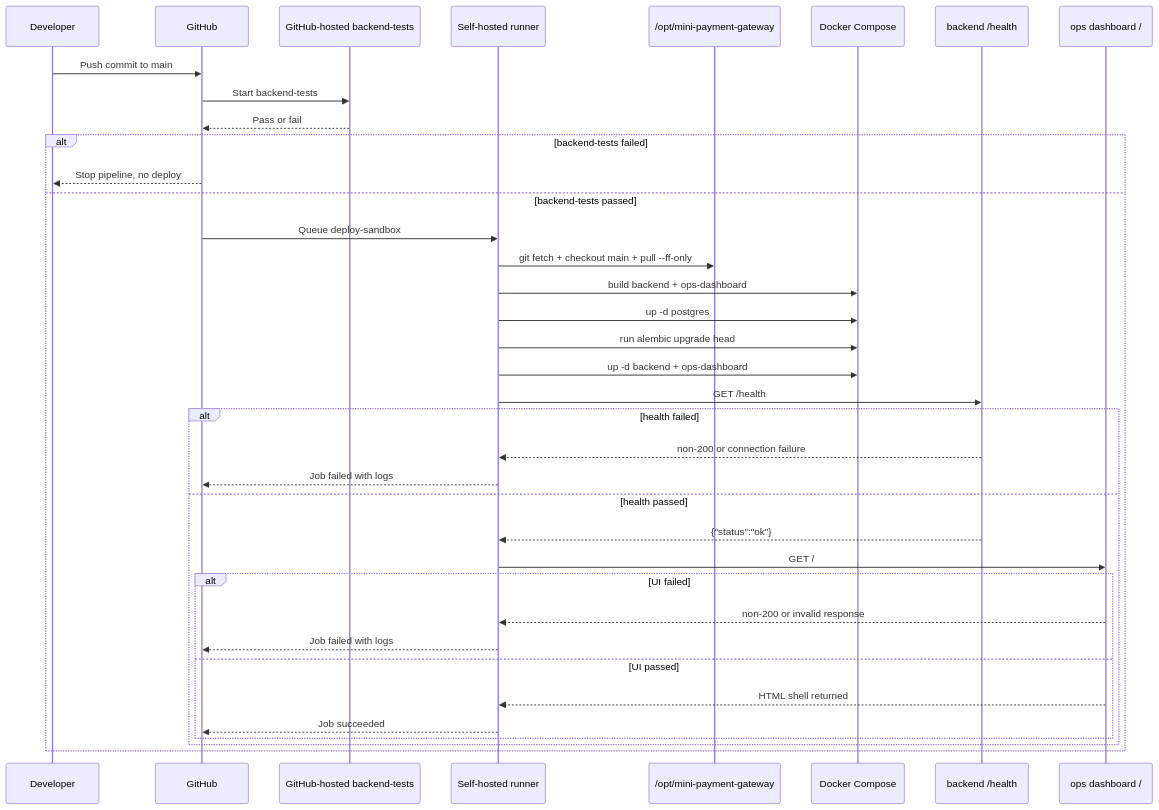
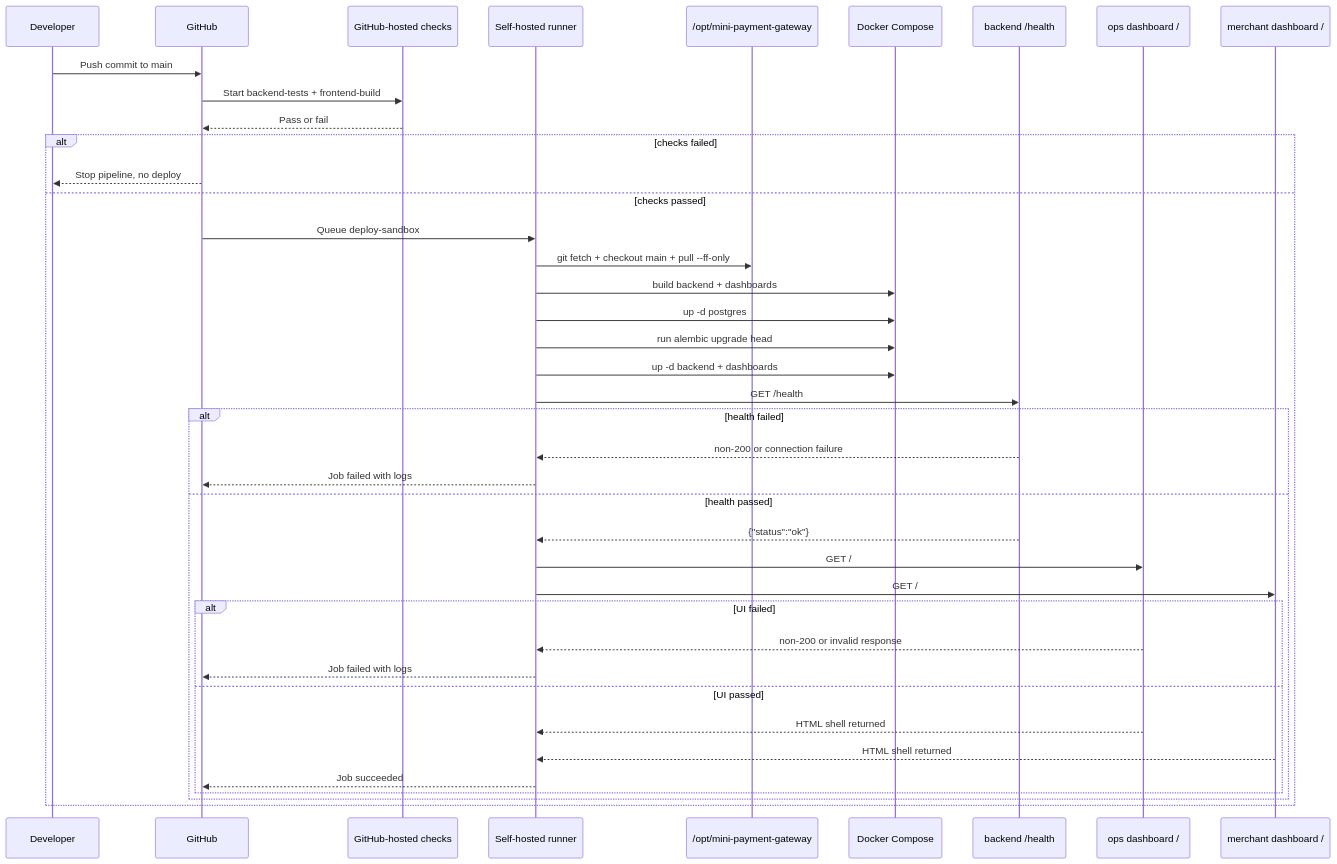
Before and after one commit to biabeogo147/mini-payment-gateway: the second of 2 diagrams in docs/infrastructure/devops-architecture.md, drawn with Mermaid. The commit also changed other lines of this file and 93 other files, not shown here.

Commit message:
Add merchant dashboard and portal APIs

````diff
--- a/docs/infrastructure/devops-architecture.md
+++ b/docs/infrastructure/devops-architecture.md
@@ -168,40 +172,43 @@
 ```mermaid
 sequenceDiagram
     participant Dev as Developer
     participant GH as GitHub
-    participant CI as GitHub-hosted backend-tests
+    participant CI as GitHub-hosted checks
     participant SR as Self-hosted runner
     participant Repo as /opt/mini-payment-gateway
     participant DC as Docker Compose
     participant API as backend /health
-    participant UI as ops dashboard /
+    participant OpsUI as ops dashboard /
+    participant MerchantUI as merchant dashboard /
 
     Dev->>GH: Push commit to main
-    GH->>CI: Start backend-tests
+    GH->>CI: Start backend-tests + frontend-build
     CI-->>GH: Pass or fail
-    alt backend-tests failed
+    alt checks failed
         GH-->>Dev: Stop pipeline, no deploy
-    else backend-tests passed
+    else checks passed
         GH->>SR: Queue deploy-sandbox
         SR->>Repo: git fetch + checkout main + pull --ff-only
-        SR->>DC: build backend + ops-dashboard
+        SR->>DC: build backend + dashboards
         SR->>DC: up -d postgres
         SR->>DC: run alembic upgrade head
-        SR->>DC: up -d backend + ops-dashboard
+        SR->>DC: up -d backend + dashboards
         SR->>API: GET /health
         alt health failed
             API-->>SR: non-200 or connection failure
             SR-->>GH: Job failed with logs
         else health passed
             API-->>SR: {"status":"ok"}
-            SR->>UI: GET /
+            SR->>OpsUI: GET /
+            SR->>MerchantUI: GET /
             alt UI failed
-                UI-->>SR: non-200 or invalid response
+                OpsUI-->>SR: non-200 or invalid response
                 SR-->>GH: Job failed with logs
             else UI passed
-                UI-->>SR: HTML shell returned
+                OpsUI-->>SR: HTML shell returned
+                MerchantUI-->>SR: HTML shell returned
                 SR-->>GH: Job succeeded
             end
         end
     end
 ```
````
